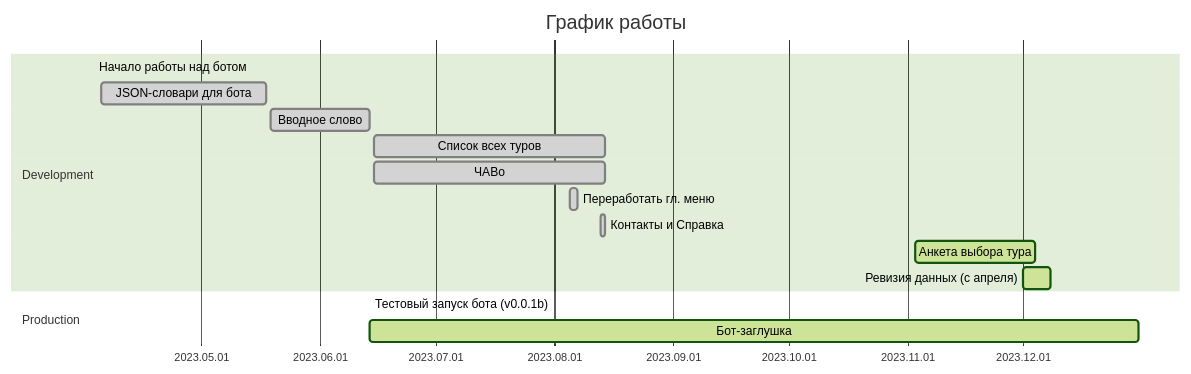
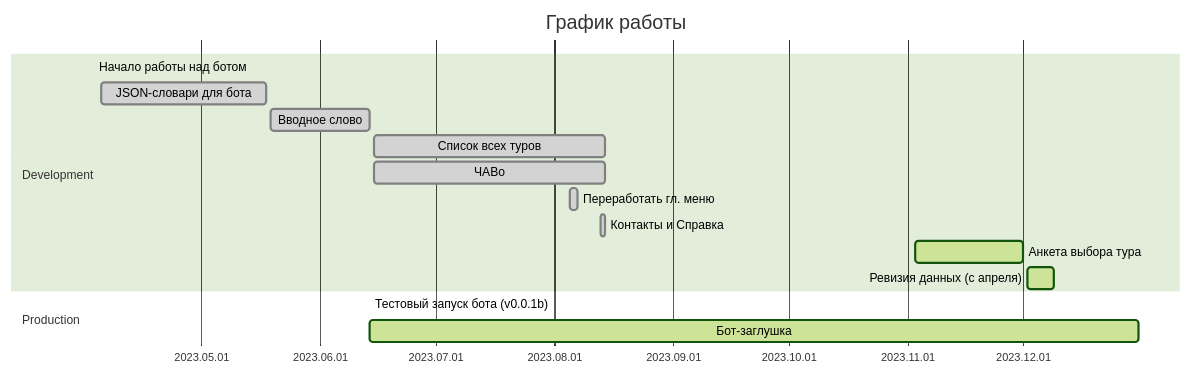
One commit to tropintropin/telegram_bot_peshehod_chat changed the first of 2 diagrams in README.md. Above: the diagram before and after it, drawn with Mermaid (forest theme). The commit also changed other lines of this file, not shown here.

````diff
--- a/README.md
+++ b/README.md
@@ -49,20 +49,20 @@
 ```mermaid
 gantt
 title       График работы
 dateFormat  YYYY.MM.DD
 axisFormat  %Y.%m.%d
 excludes    
 section     Development
 Начало работы над ботом         :mileston,      2023.04.03, 
 JSON-словари для бота           :done,      a0, 2023.04.05, 2023.05.18
 Вводное слово                   :done,      a1, 2023.05.19, 2023.06.14
 Список всех туров               :done,    a2, 2023.06.15, 60d
 ЧАВо                            :done,    a3, 2023.06.15, 60d
 Переработать гл. меню           :done,      a5, 2023.08.05, 2d
 Контакты и Справка              :done,      a6, 2023.08.13, 1d
-Анкета выбора тура              :active,    a7, 2023.11.03, 31d
-Ревизия данных (с апреля)       :active,    a8, 2023.12.01, 7d
+Анкета выбора тура              :active,    a7, 2023.11.03, 2023.12.01
+Ревизия данных (с апреля)       :active,    a8, 2023.12.02, 7d
 section     Production
 Тестовый запуск бота (v0.0.1b)  :mileston,      2023.06.14,
 Бот-заглушка                    :active,    b0, 2023.06.14, 2023.12.31
 ```
````
